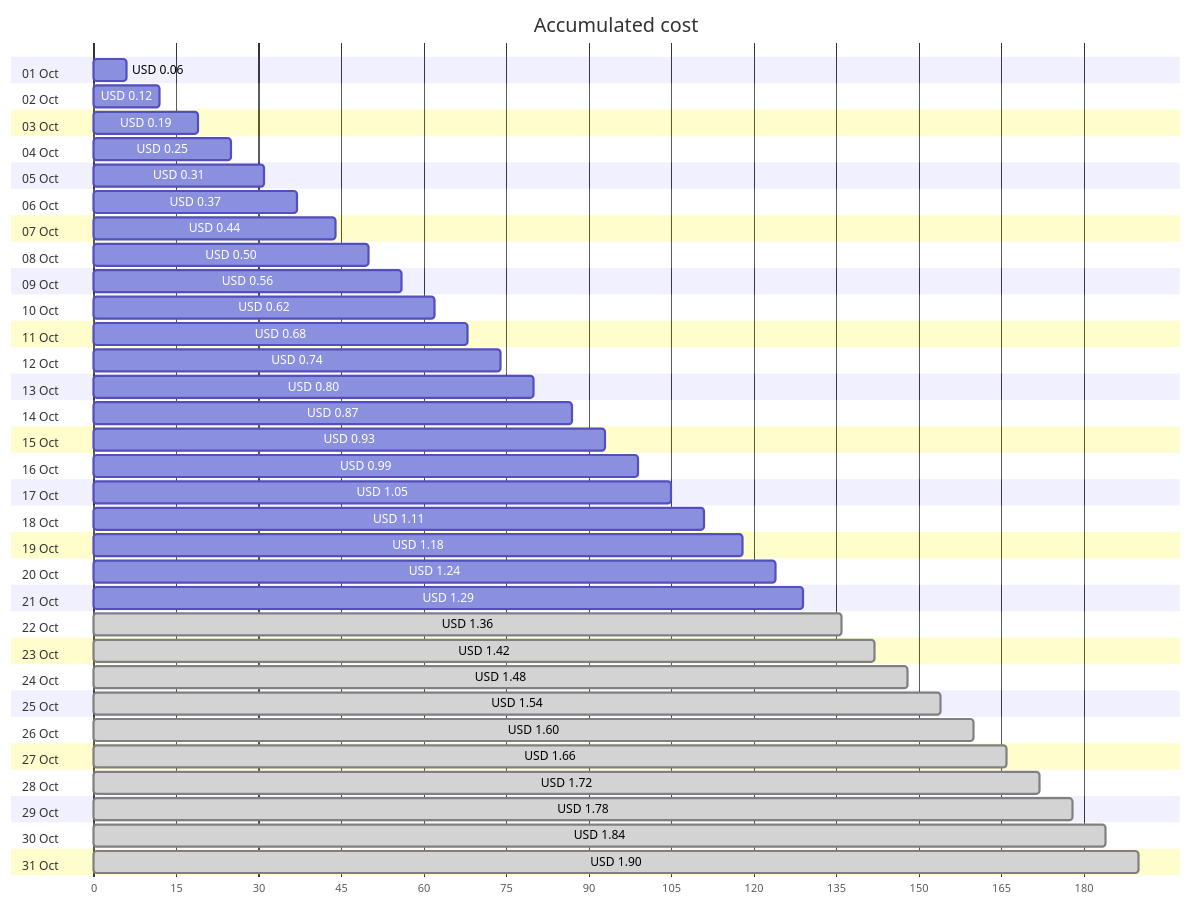
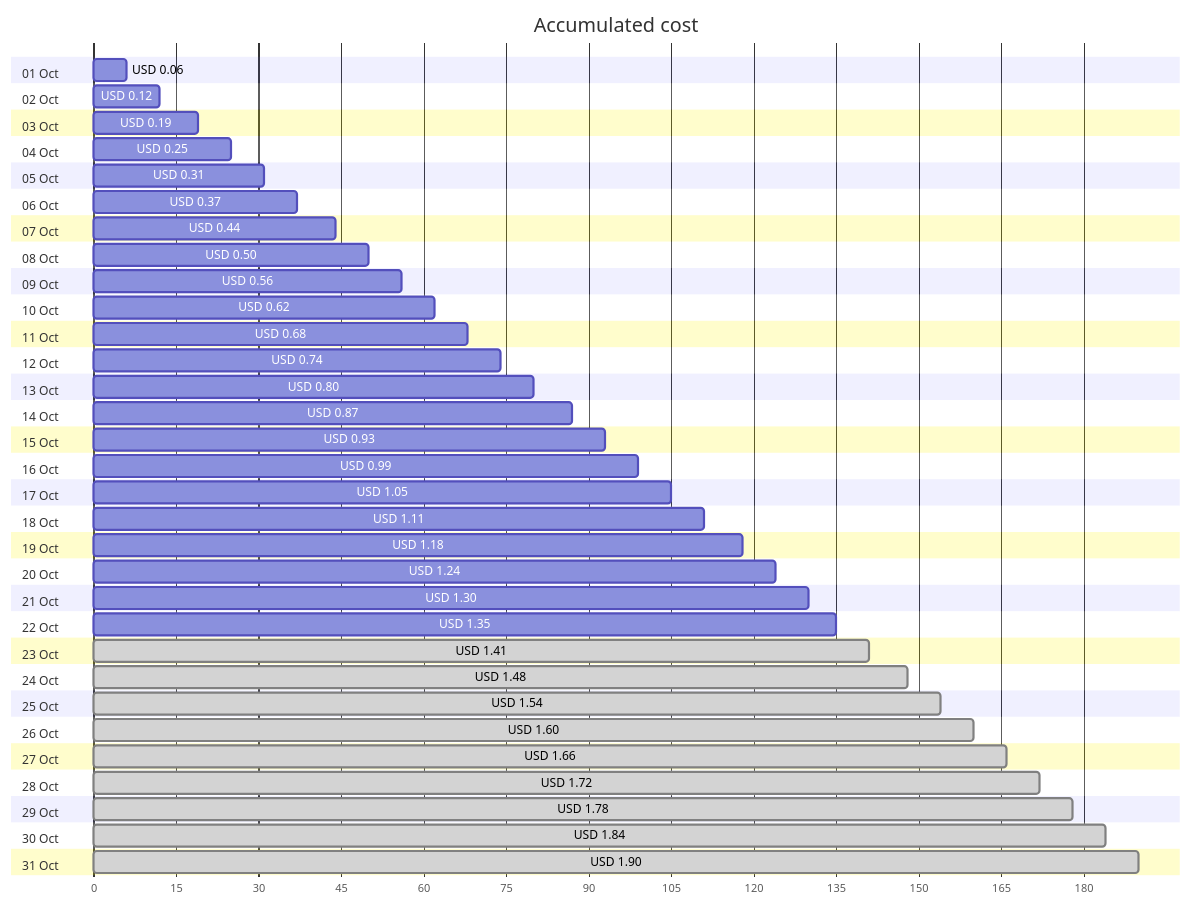
One commit to jpfulton/azure-personal-reports changed the first of 4 diagrams in cost-reports/personal-network/vpn-server_OsDisk.md. Above: the diagram before and after it, drawn with Mermaid. The commit also changed other lines of this file and 8 other files, not shown here.

````diff
--- a/cost-reports/personal-network/vpn-server_OsDisk.md
+++ b/cost-reports/personal-network/vpn-server_OsDisk.md
@@ -20,68 +20,68 @@
 ```mermaid
 gantt
    title Accumulated cost
    dateFormat  X
    axisFormat %s
    section 01 Oct
    USD 0.06 :0, 6
    section 02 Oct
    USD 0.12 :0, 12
    section 03 Oct
    USD 0.19 :0, 19
    section 04 Oct
    USD 0.25 :0, 25
    section 05 Oct
    USD 0.31 :0, 31
    section 06 Oct
    USD 0.37 :0, 37
    section 07 Oct
    USD 0.44 :0, 44
    section 08 Oct
    USD 0.50 :0, 50
    section 09 Oct
    USD 0.56 :0, 56
    section 10 Oct
    USD 0.62 :0, 62
    section 11 Oct
    USD 0.68 :0, 68
    section 12 Oct
    USD 0.74 :0, 74
    section 13 Oct
    USD 0.80 :0, 80
    section 14 Oct
    USD 0.87 :0, 87
    section 15 Oct
    USD 0.93 :0, 93
    section 16 Oct
    USD 0.99 :0, 99
    section 17 Oct
    USD 1.05 :0, 105
    section 18 Oct
    USD 1.11 :0, 111
    section 19 Oct
    USD 1.18 :0, 118
    section 20 Oct
    USD 1.24 :0, 124
    section 21 Oct
-   USD 1.29 :0, 129
+   USD 1.30 :0, 130
    section 22 Oct
-   USD 1.36 : done, 0, 136
+   USD 1.35 :0, 135
    section 23 Oct
-   USD 1.42 : done, 0, 142
+   USD 1.41 : done, 0, 141
    section 24 Oct
    USD 1.48 : done, 0, 148
    section 25 Oct
    USD 1.54 : done, 0, 154
    section 26 Oct
    USD 1.60 : done, 0, 160
    section 27 Oct
    USD 1.66 : done, 0, 166
    section 28 Oct
    USD 1.72 : done, 0, 172
    section 29 Oct
    USD 1.78 : done, 0, 178
    section 30 Oct
    USD 1.84 : done, 0, 184
    section 31 Oct
    USD 1.90 : done, 0, 190
 ```
````
